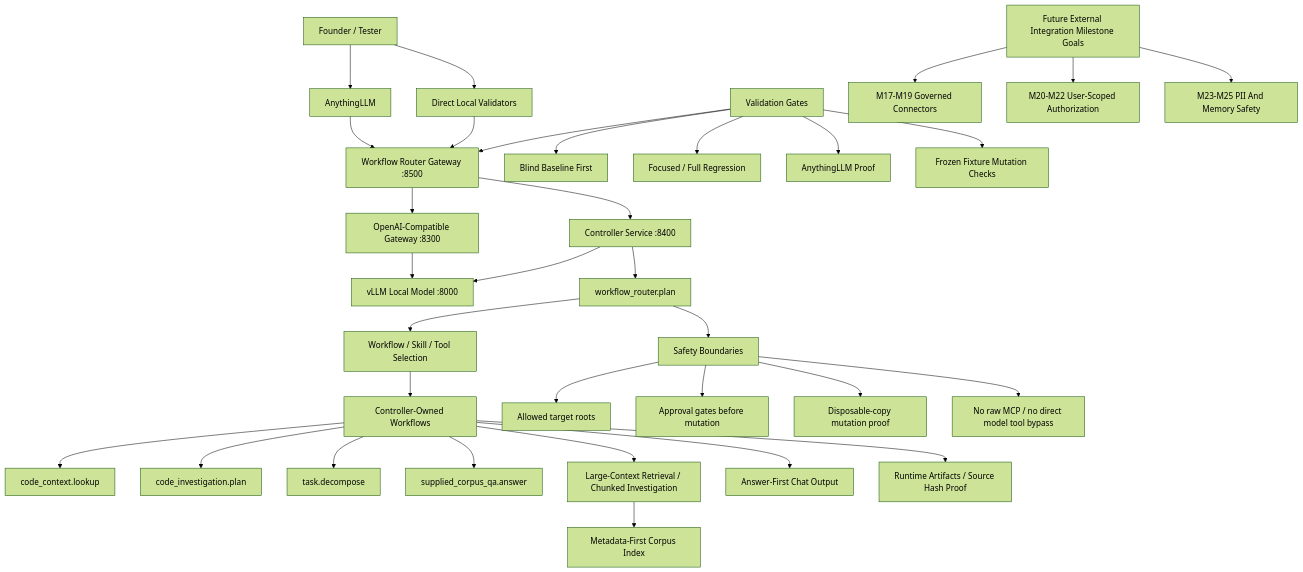
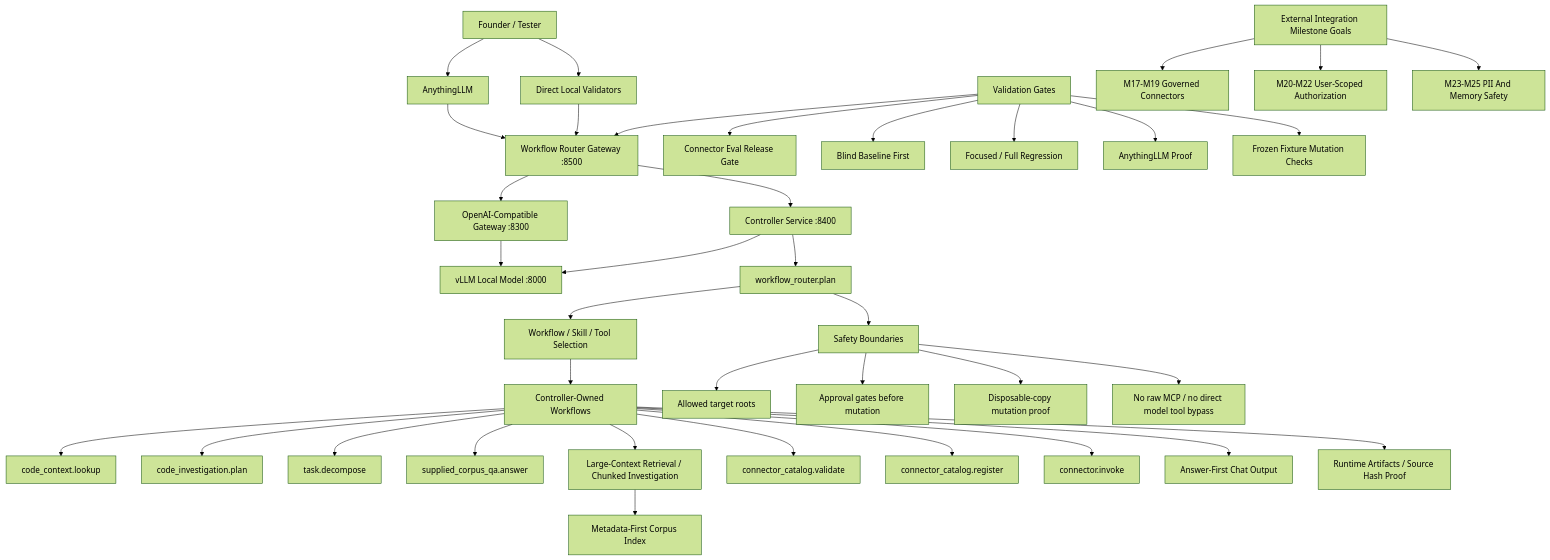
The diagram in docs/CURRENT_PROJECT_ARCHITECTURE.md (s-aws/vllm-agent-gateway), drawn with Mermaid (forest theme) before and after one commit. The commit also changed other lines of this file and 22 other files, not shown here.

Commit message:
Add governed connector framework

````diff
--- a/docs/CURRENT_PROJECT_ARCHITECTURE.md
+++ b/docs/CURRENT_PROJECT_ARCHITECTURE.md
@@ -7,43 +7,47 @@
 ```mermaid
 flowchart TD
     Founder["Founder / Tester"] --> AnythingLLM["AnythingLLM"]
     Founder --> DirectClient["Direct Local Validators"]
 
     AnythingLLM --> WorkflowGateway["Workflow Router Gateway :8500"]
     DirectClient --> WorkflowGateway
 
     WorkflowGateway --> Controller["Controller Service :8400"]
     WorkflowGateway --> Gateway["OpenAI-Compatible Gateway :8300"]
     Gateway --> Model["vLLM Local Model :8000"]
     Controller --> Model
 
     Controller --> Router["workflow_router.plan"]
     Router --> Selector["Workflow / Skill / Tool Selection"]
     Selector --> Workflows["Controller-Owned Workflows"]
 
     Workflows --> CodeContext["code_context.lookup"]
     Workflows --> CodeInvestigation["code_investigation.plan"]
     Workflows --> TaskDecompose["task.decompose"]
     Workflows --> SuppliedCorpusQA["supplied_corpus_qa.answer"]
     Workflows --> LargeContext["Large-Context Retrieval / Chunked Investigation"]
+    Workflows --> ConnectorCatalog["connector_catalog.validate"]
+    Workflows --> ConnectorRegister["connector_catalog.register"]
+    Workflows --> ConnectorInvoke["connector.invoke"]
+    Validation --> ConnectorReleaseGate["Connector Eval Release Gate"]
 
     Router --> Safety["Safety Boundaries"]
     Safety --> AllowRoots["Allowed target roots"]
     Safety --> ApprovalGates["Approval gates before mutation"]
     Safety --> DisposableCopies["Disposable-copy mutation proof"]
     Safety --> NoRawTools["No raw MCP / no direct model tool bypass"]
 
     Workflows --> ChatAnswer["Answer-First Chat Output"]
     Workflows --> Artifacts["Runtime Artifacts / Source Hash Proof"]
     LargeContext --> MetadataIndex["Metadata-First Corpus Index"]
 
     Validation["Validation Gates"] --> WorkflowGateway
     Validation --> BlindBaseline["Blind Baseline First"]
     Validation --> Regression["Focused / Full Regression"]
     Validation --> AnythingLLMProof["AnythingLLM Proof"]
     Validation --> FixtureProof["Frozen Fixture Mutation Checks"]
 
-    Milestones["Future External Integration Milestone Goals"] --> Connectors["M17-M19 Governed Connectors"]
+    Milestones["External Integration Milestone Goals"] --> Connectors["M17-M19 Governed Connectors"]
     Milestones --> Identity["M20-M22 User-Scoped Authorization"]
     Milestones --> Privacy["M23-M25 PII And Memory Safety"]
 ```
````
